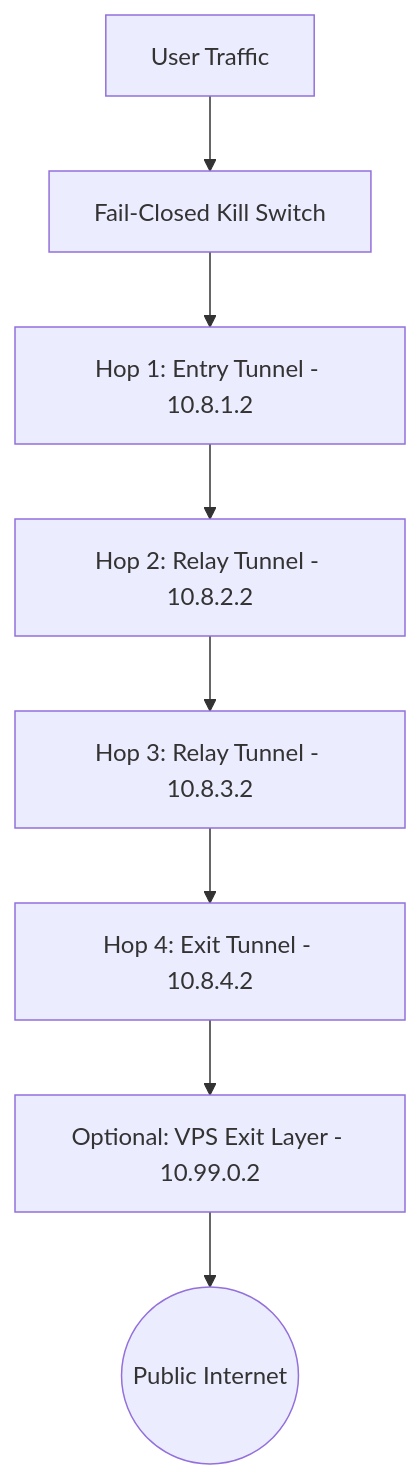
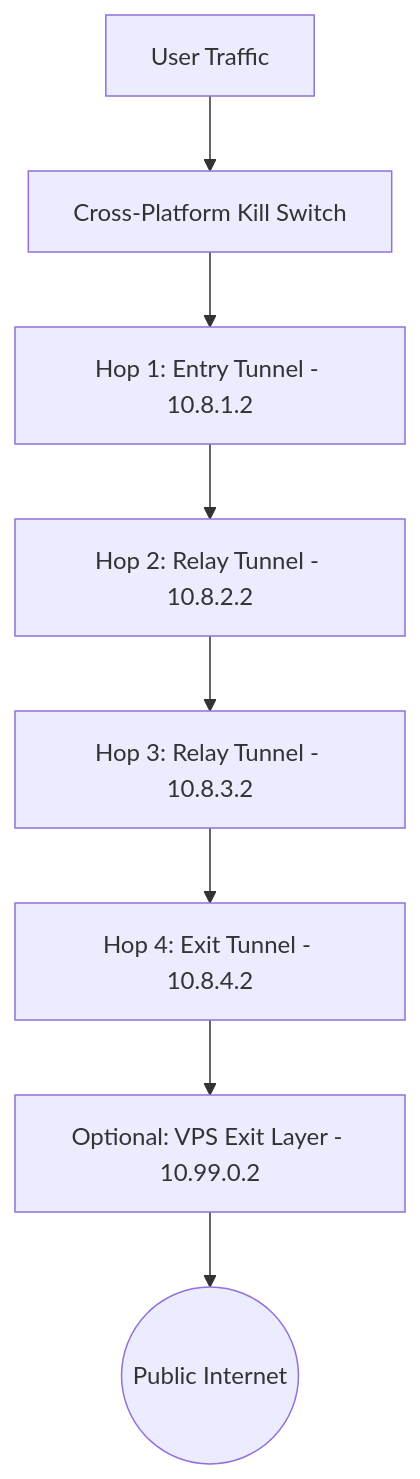
Before and after one commit to Suraj541/securechain: the diagram in README.md, drawn with Mermaid. The commit also changed other lines of this file and 24 other files, not shown here.

Commit message:
feat: harden cross-platform firewall, capability-aware IPv6 routing, traffic shaping, and recovery safety

````diff
--- a/README.md
+++ b/README.md
@@ -45,10 +58,10 @@
 ```mermaid
 graph TD
-    UserApp[User Traffic] --> KillSwitch[Fail-Closed Kill Switch]
+    UserApp[User Traffic] --> KillSwitch[Cross-Platform Kill Switch]
     KillSwitch --> Hop1[Hop 1: Entry Tunnel - 10.8.1.2]
     Hop1 --> Hop2[Hop 2: Relay Tunnel - 10.8.2.2]
     Hop2 --> Hop3[Hop 3: Relay Tunnel - 10.8.3.2]
     Hop3 --> Hop4[Hop 4: Exit Tunnel - 10.8.4.2]
     Hop4 --> VPS[Optional: VPS Exit Layer - 10.99.0.2]
     VPS --> Internet((Public Internet))
 ```
````
